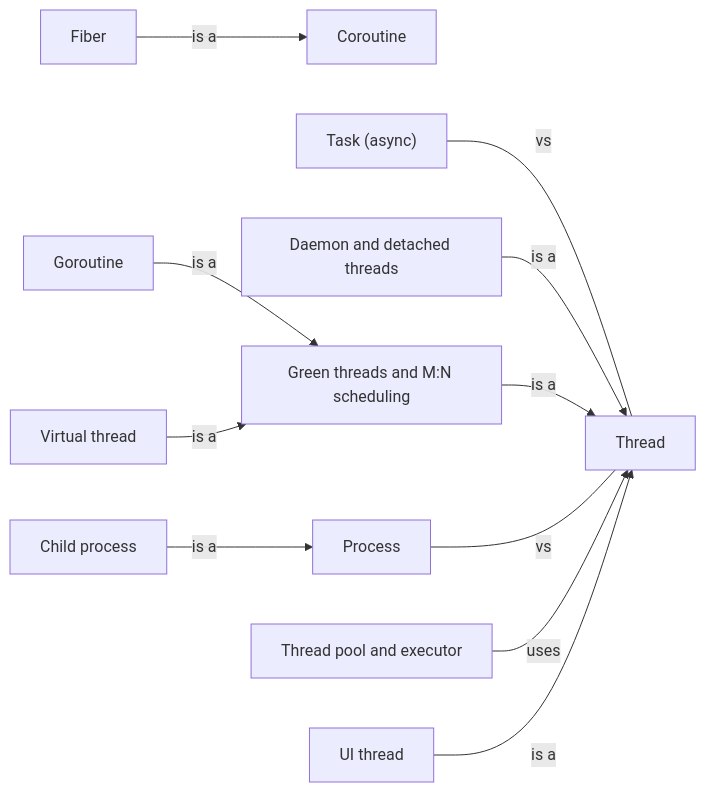
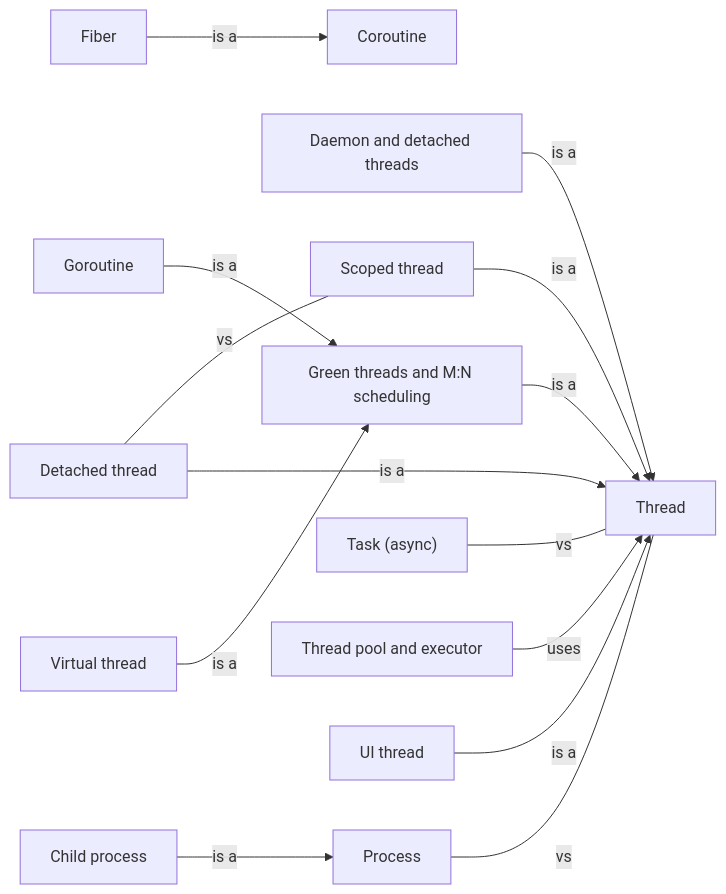
The diagram in 11_Concepts/units_of_execution/README.md (masiarek/concurrency-learning-library), drawn with Mermaid before and after one commit. The commit also changed other lines of this file and 44 other files, not shown here.

````diff
--- a/11_Concepts/units_of_execution/README.md
+++ b/11_Concepts/units_of_execution/README.md
@@ -24,25 +26,30 @@
 ```mermaid
 flowchart LR
   n_subprocess["Child process"]
   n_coroutine["Coroutine"]
   n_daemon_thread["Daemon and detached threads"]
+  n_detached_thread["Detached thread"]
   n_fiber["Fiber"]
   n_goroutine["Goroutine"]
   n_green_thread["Green threads and M:N scheduling"]
   n_process["Process"]
+  n_scoped_thread["Scoped thread"]
   n_async_task["Task (async)"]
   n_thread["Thread"]
   n_thread_pool["Thread pool and executor"]
   n_ui_thread["UI thread"]
   n_virtual_thread["Virtual thread"]
   n_async_task ---|vs| n_thread
   n_daemon_thread -->|is a| n_thread
+  n_detached_thread ---|vs| n_scoped_thread
+  n_detached_thread -->|is a| n_thread
   n_fiber -->|is a| n_coroutine
   n_goroutine -->|is a| n_green_thread
   n_green_thread -->|is a| n_thread
   n_process ---|vs| n_thread
+  n_scoped_thread -->|is a| n_thread
   n_subprocess -->|is a| n_process
   n_thread_pool -->|uses| n_thread
   n_ui_thread -->|is a| n_thread
   n_virtual_thread -->|is a| n_green_thread
 ```
````
